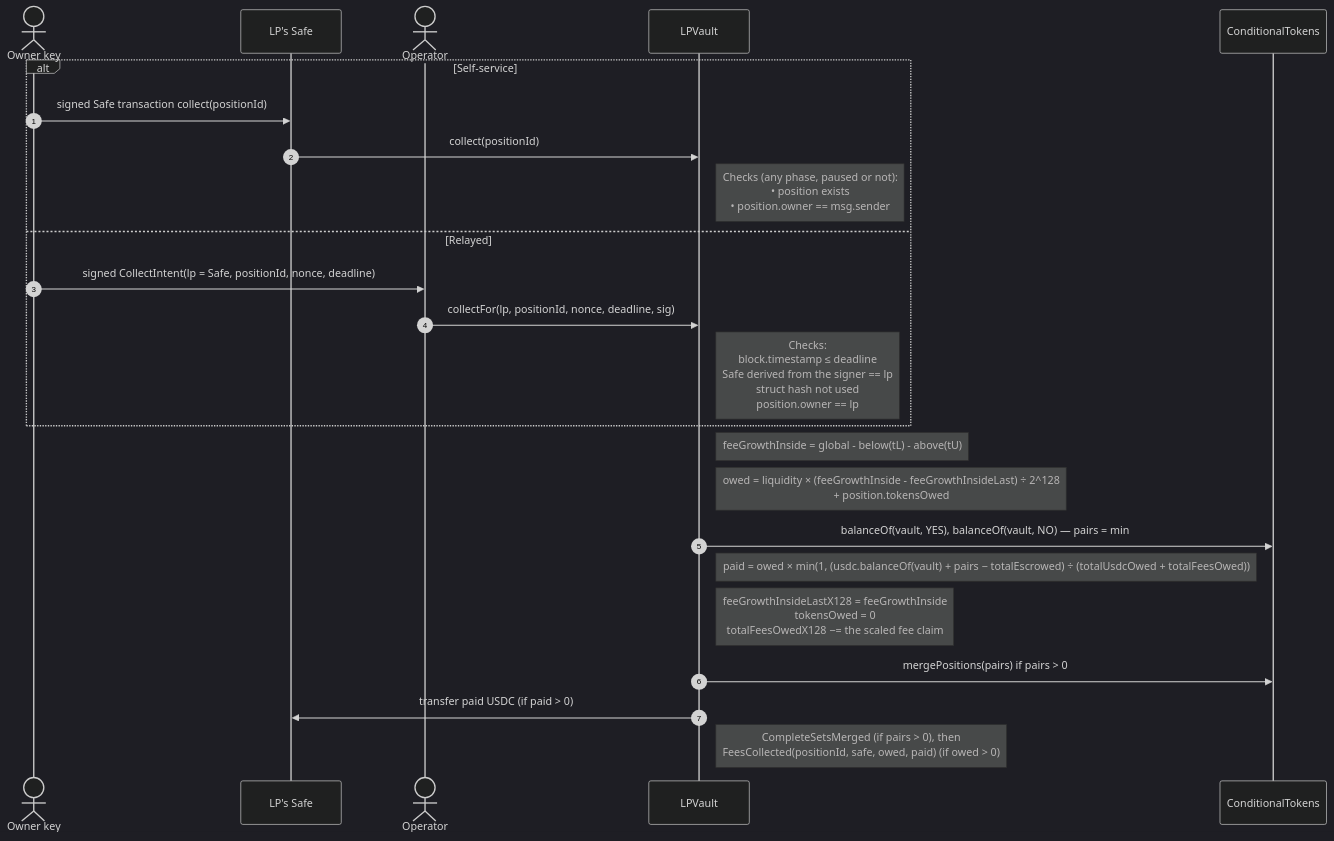
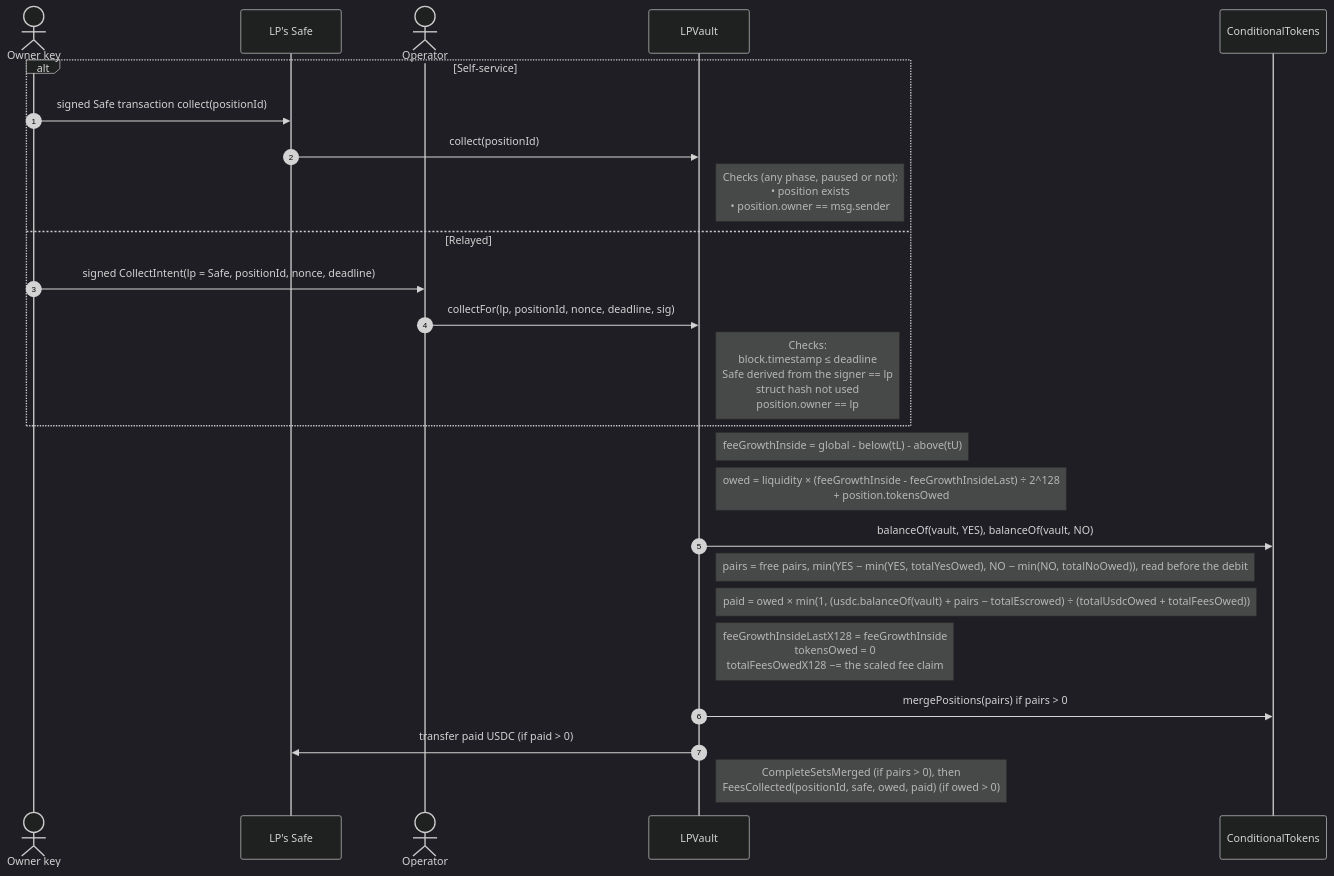
Before and after one commit to ProphetMarket/lp-vaults: the sixth of 17 diagrams in FLOWS.md, drawn with Mermaid (dark theme). The commit also changed other lines of this file and 3 other files, not shown here.

First line of the commit message:
chore (vault): Document the free pairs and update the plan for R14

````diff
--- a/FLOWS.md
+++ b/FLOWS.md
@@ -213,27 +213,28 @@
 ```mermaid
 sequenceDiagram
     autonumber
     actor OwnerKey as Owner key
     participant Safe as LP's Safe
     actor Operator
     participant Vault as LPVault
     participant CTF as ConditionalTokens
 
     alt Self-service
         OwnerKey->>Safe: signed Safe transaction collect(positionId)
         Safe->>Vault: collect(positionId)
         Note right of Vault: Checks (any phase, paused or not):<br/>• position exists<br/>• position.owner == msg.sender
     else Relayed
         OwnerKey->>Operator: signed CollectIntent(lp = Safe, positionId, nonce, deadline)
         Operator->>Vault: collectFor(lp, positionId, nonce, deadline, sig)
         Note right of Vault: Checks:<br/>block.timestamp ≤ deadline<br/>Safe derived from the signer == lp<br/>struct hash not used<br/>position.owner == lp
     end
     Note right of Vault: feeGrowthInside = global - below(tL) - above(tU)
     Note right of Vault: owed = liquidity × (feeGrowthInside - feeGrowthInsideLast) ÷ 2^128<br/>+ position.tokensOwed
-    Vault->>CTF: balanceOf(vault, YES), balanceOf(vault, NO) — pairs = min
+    Vault->>CTF: balanceOf(vault, YES), balanceOf(vault, NO)
+    Note right of Vault: pairs = free pairs, min(YES − min(YES, totalYesOwed), NO − min(NO, totalNoOwed)), read before the debit
     Note right of Vault: paid = owed × min(1, (usdc.balanceOf(vault) + pairs − totalEscrowed) ÷ (totalUsdcOwed + totalFeesOwed))
     Note right of Vault: feeGrowthInsideLastX128 = feeGrowthInside<br/>tokensOwed = 0<br/>totalFeesOwedX128 −= the scaled fee claim
     Vault->>CTF: mergePositions(pairs) if pairs > 0
     Vault->>Safe: transfer paid USDC (if paid > 0)
     Note right of Vault: CompleteSetsMerged (if pairs > 0), then<br/>FeesCollected(positionId, safe, owed, paid) (if owed > 0)
 ```
````
